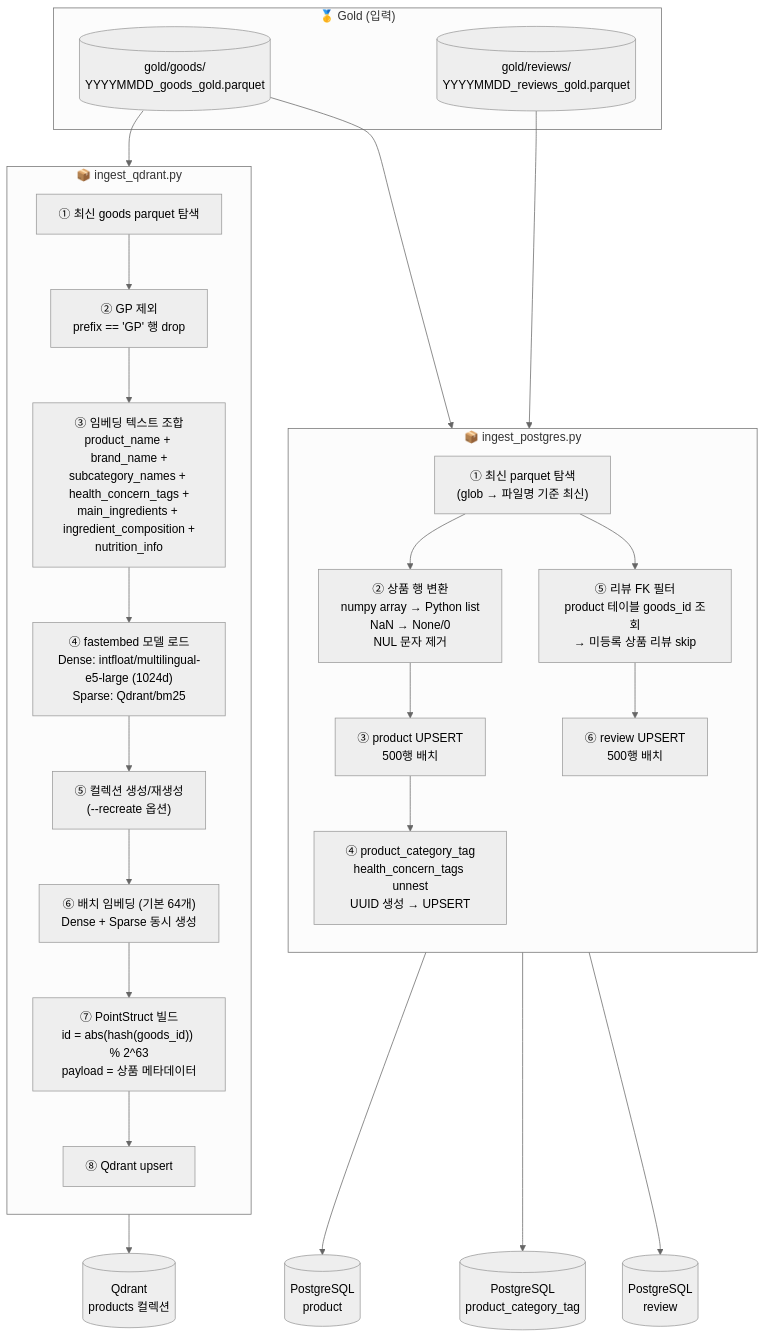
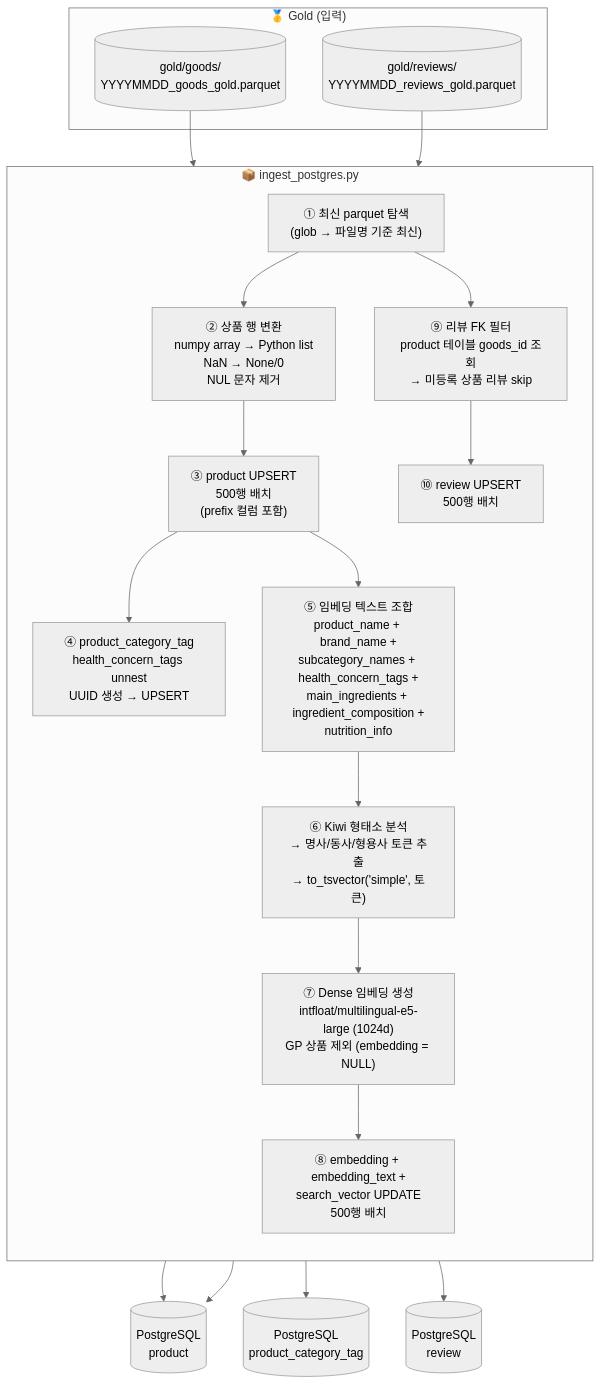
The diagram in docs/data/03_ingest_pipeline.md (skn-ai22-251029/SKN22-Final-2Team-WEB), drawn with Mermaid (neutral theme) before and after one commit. The commit also changed other lines of this file and 13 other files, not shown here.

First line of the commit message:
feat(products): Qdrant → pgvector 마이그레이션 — Dense + Kiwi tsvector Hybrid Search

````diff
--- a/docs/data/03_ingest_pipeline.md
+++ b/docs/data/03_ingest_pipeline.md
@@ -10,41 +11,32 @@
 ```mermaid
 flowchart TD
     subgraph Gold["🥇 Gold (입력)"]
         GO3[(gold/goods/<br>YYYYMMDD_goods_gold.parquet)]
         GO4[(gold/reviews/<br>YYYYMMDD_reviews_gold.parquet)]
     end
 
     subgraph PG["📦 ingest_postgres.py"]
         direction TB
         PG1["① 최신 parquet 탐색<br>(glob → 파일명 기준 최신)"]
         PG2["② 상품 행 변환<br>numpy array → Python list<br>NaN → None/0<br>NUL 문자 제거"]
-        PG3["③ product UPSERT<br>500행 배치"]
+        PG3["③ product UPSERT<br>500행 배치<br>(prefix 컬럼 포함)"]
         PG4["④ product_category_tag<br>health_concern_tags unnest<br>UUID 생성 → UPSERT"]
-        PG5["⑤ 리뷰 FK 필터<br>product 테이블 goods_id 조회<br>→ 미등록 상품 리뷰 skip"]
-        PG6["⑥ review UPSERT<br>500행 배치"]
+        PG5["⑤ 임베딩 텍스트 조합<br>product_name + brand_name +<br>subcategory_names + health_concern_tags +<br>main_ingredients + ingredient_composition +<br>nutrition_info"]
+        PG6["⑥ Kiwi 형태소 분석<br>→ 명사/동사/형용사 토큰 추출<br>→ to_tsvector('simple', 토큰)"]
+        PG7["⑦ Dense 임베딩 생성<br>intfloat/multilingual-e5-large (1024d)<br>GP 상품 제외 (embedding = NULL)"]
+        PG8["⑧ embedding + embedding_text +<br>search_vector UPDATE<br>500행 배치"]
+        PG9["⑨ 리뷰 FK 필터<br>product 테이블 goods_id 조회<br>→ 미등록 상품 리뷰 skip"]
+        PG10["⑩ review UPSERT<br>500행 배치"]
         PG1 --> PG2 --> PG3 --> PG4
-        PG1 --> PG5 --> PG6
-    end
-
-    subgraph QD["📦 ingest_qdrant.py"]
-        direction TB
-        QD1["① 최신 goods parquet 탐색"]
-        QD2["② GP 제외<br>prefix == 'GP' 행 drop"]
-        QD3["③ 임베딩 텍스트 조합<br>product_name + brand_name +<br>subcategory_names + health_concern_tags +<br>main_ingredients + ingredient_composition +<br>nutrition_info"]
-        QD4["④ fastembed 모델 로드<br>Dense: intfloat/multilingual-e5-large (1024d)<br>Sparse: Qdrant/bm25"]
-        QD5["⑤ 컬렉션 생성/재생성<br>(--recreate 옵션)"]
-        QD6["⑥ 배치 임베딩 (기본 64개)<br>Dense + Sparse 동시 생성"]
-        QD7["⑦ PointStruct 빌드<br>id = abs(hash(goods_id)) % 2^63<br>payload = 상품 메타데이터"]
-        QD8["⑧ Qdrant upsert"]
-        QD1 --> QD2 --> QD3 --> QD4 --> QD5 --> QD6 --> QD7 --> QD8
+        PG3 --> PG5 --> PG6 --> PG7 --> PG8
+        PG1 --> PG9 --> PG10
     end
 
     GO3 --> PG1
     GO4 --> PG1
-    GO3 --> QD1
 
     PG3 --> PGDB[(PostgreSQL<br>product)]
     PG4 --> PGDBT[(PostgreSQL<br>product_category_tag)]
-    PG6 --> PGDBR[(PostgreSQL<br>review)]
-    QD8 --> QDDB[(Qdrant<br>products 컬렉션)]
+    PG8 --> PGDB
+    PG10 --> PGDBR[(PostgreSQL<br>review)]
 ```
````
